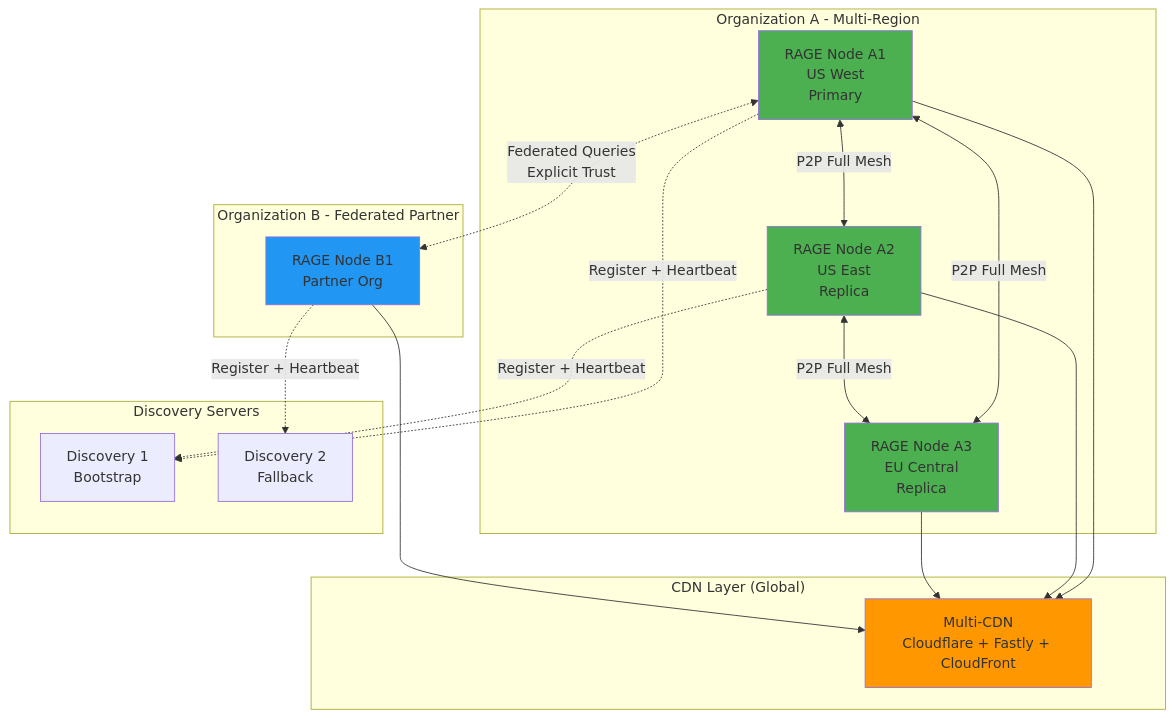
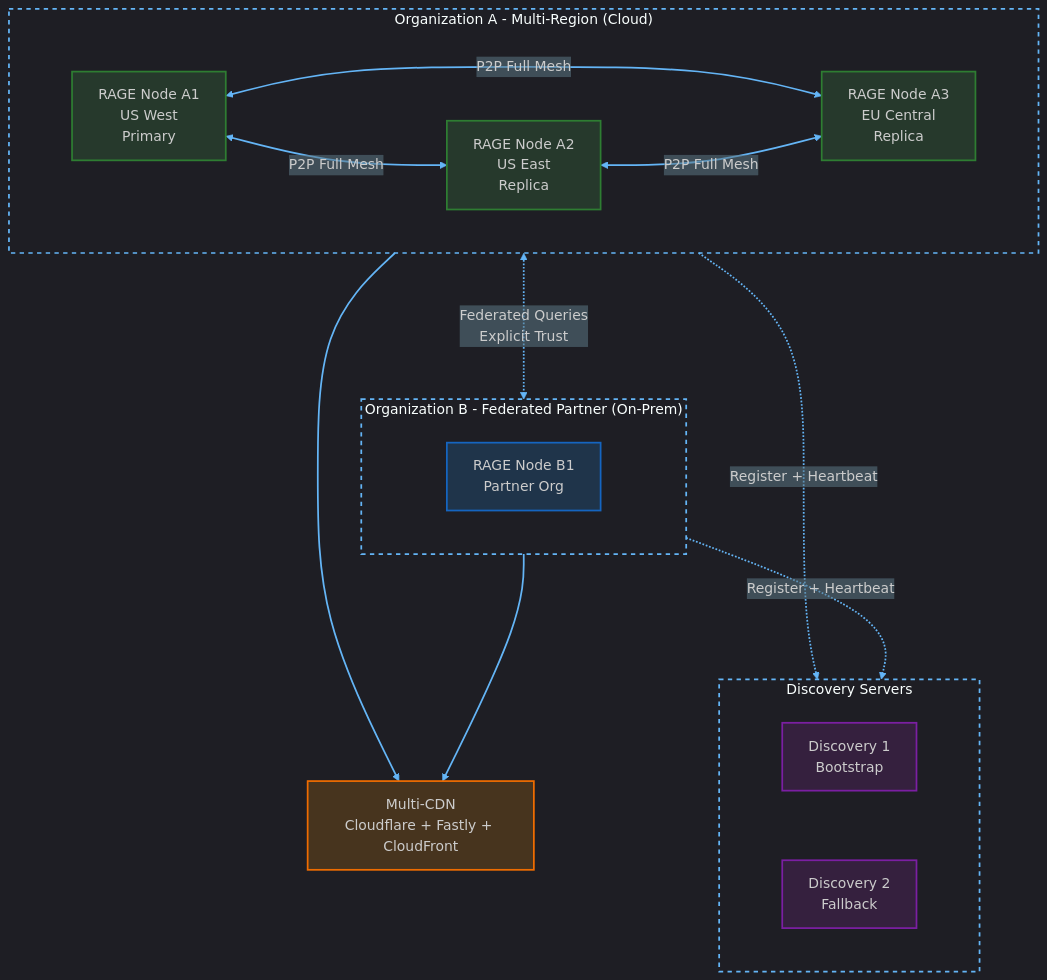
One commit to veics/rage_pitch changed the fourth of 24 diagrams in docs/ARCHITECTURE.md. Above: the diagram before and after it, drawn with Mermaid. The commit also changed other lines of this file and 8 other files, not shown here.

````diff
--- a/docs/ARCHITECTURE.md
+++ b/docs/ARCHITECTURE.md
@@ -270,42 +290,52 @@
 ```mermaid
+%%{init: {'theme':'dark', 'flowchart': {'nodeSpacing': 80, 'rankSpacing': 120, 'curve': 'basis'}, 'themeVariables': {'labelBackground':'rgba(38, 50, 56, 0.1)'}}}%%
 graph TB
-    subgraph "Organization A - Multi-Region"
+    subgraph OrgA_Box["Organization A - Multi-Region (Cloud)"]
+        direction LR
         A1[RAGE Node A1<br/>US West<br/>Primary]
         A2[RAGE Node A2<br/>US East<br/>Replica]
         A3[RAGE Node A3<br/>EU Central<br/>Replica]
     end
     
-    subgraph "Organization B - Federated Partner"
+    subgraph OrgB_Box["Organization B - Federated Partner (On-Prem)"]
         B1[RAGE Node B1<br/>Partner Org]
     end
     
-    subgraph "CDN Layer (Global)"
-        CDN_GLOBAL[Multi-CDN<br/>Cloudflare + Fastly + CloudFront]
-    end
+    CDN_GLOBAL[Multi-CDN<br/>Cloudflare + Fastly + CloudFront]
     
-    subgraph "Discovery Servers"
+    subgraph Disc_Box["Discovery Servers"]
+        direction LR
         DISC1[Discovery 1<br/>Bootstrap]
         DISC2[Discovery 2<br/>Fallback]
     end
     
+    %% Internal mesh (within box)
     A1 <-->|P2P Full Mesh| A2
     A1 <-->|P2P Full Mesh| A3
     A2 <-->|P2P Full Mesh| A3
     
-    A1 <-.->|Federated Queries<br/>Explicit Trust| B1
+    %% Federation connection - routed through box boundary
+    OrgA_Box <-.->|Federated Queries<br/>Explicit Trust| OrgB_Box
     
-    A1 --> CDN_GLOBAL
-    A2 --> CDN_GLOBAL
-    A3 --> CDN_GLOBAL
-    B1 --> CDN_GLOBAL
+    %% CDN connections - separate vertical flow
+    OrgA_Box --> CDN_GLOBAL
+    OrgB_Box --> CDN_GLOBAL
     
-    A1 -.->|Register + Heartbeat| DISC1
-    A2 -.->|Register + Heartbeat| DISC1
-    B1 -.->|Register + Heartbeat| DISC2
+    %% Discovery connections - routed to avoid crossing
+    OrgA_Box -.->|Register + Heartbeat| DISC1
+    OrgB_Box -.->|Register + Heartbeat| DISC2
     
-    style A1 fill:#4CAF50
-    style A2 fill:#4CAF50
-    style A3 fill:#4CAF50
-    style B1 fill:#2196F3
-    style CDN_GLOBAL fill:#FF9800
+    classDef boxStyle fill:none,stroke:#64b5f6,stroke-width:2px,stroke-dasharray:5 5;
+    classDef nodeStyleA fill:#4CAF50,fill-opacity:0.18,stroke:#2e7d32,stroke-width:2px;
+    classDef nodeStyleB fill:#2196F3,fill-opacity:0.18,stroke:#1565c0,stroke-width:2px;
+    classDef nodeStyleCDN fill:#FF9800,fill-opacity:0.18,stroke:#ef6c00,stroke-width:2px;
+    classDef nodeStyleDisc fill:#9C27B0,fill-opacity:0.18,stroke:#7b1fa2,stroke-width:2px;
+    
+    class OrgA_Box,OrgB_Box,Disc_Box boxStyle;
+    class A1,A2,A3 nodeStyleA;
+    class B1 nodeStyleB;
+    class CDN_GLOBAL nodeStyleCDN;
+    class DISC1,DISC2 nodeStyleDisc;
+
+    linkStyle default stroke:#64b5f6,stroke-width:2px,curve:basis;
 ```
````
